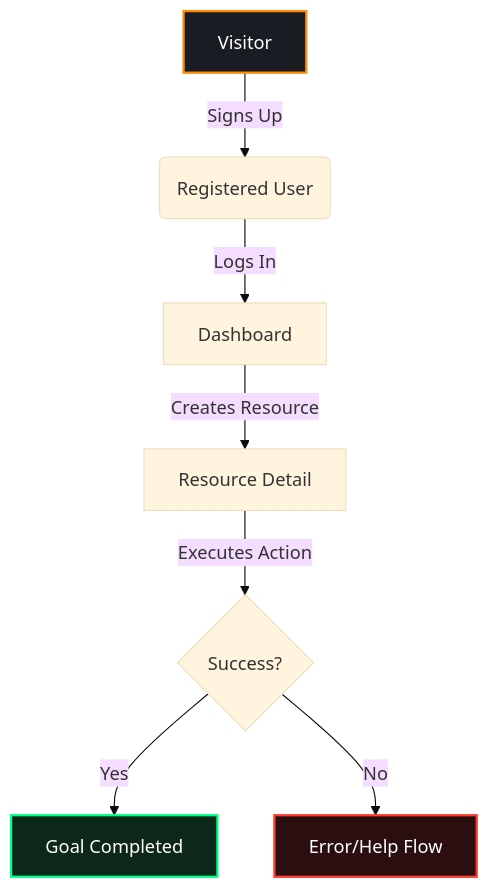
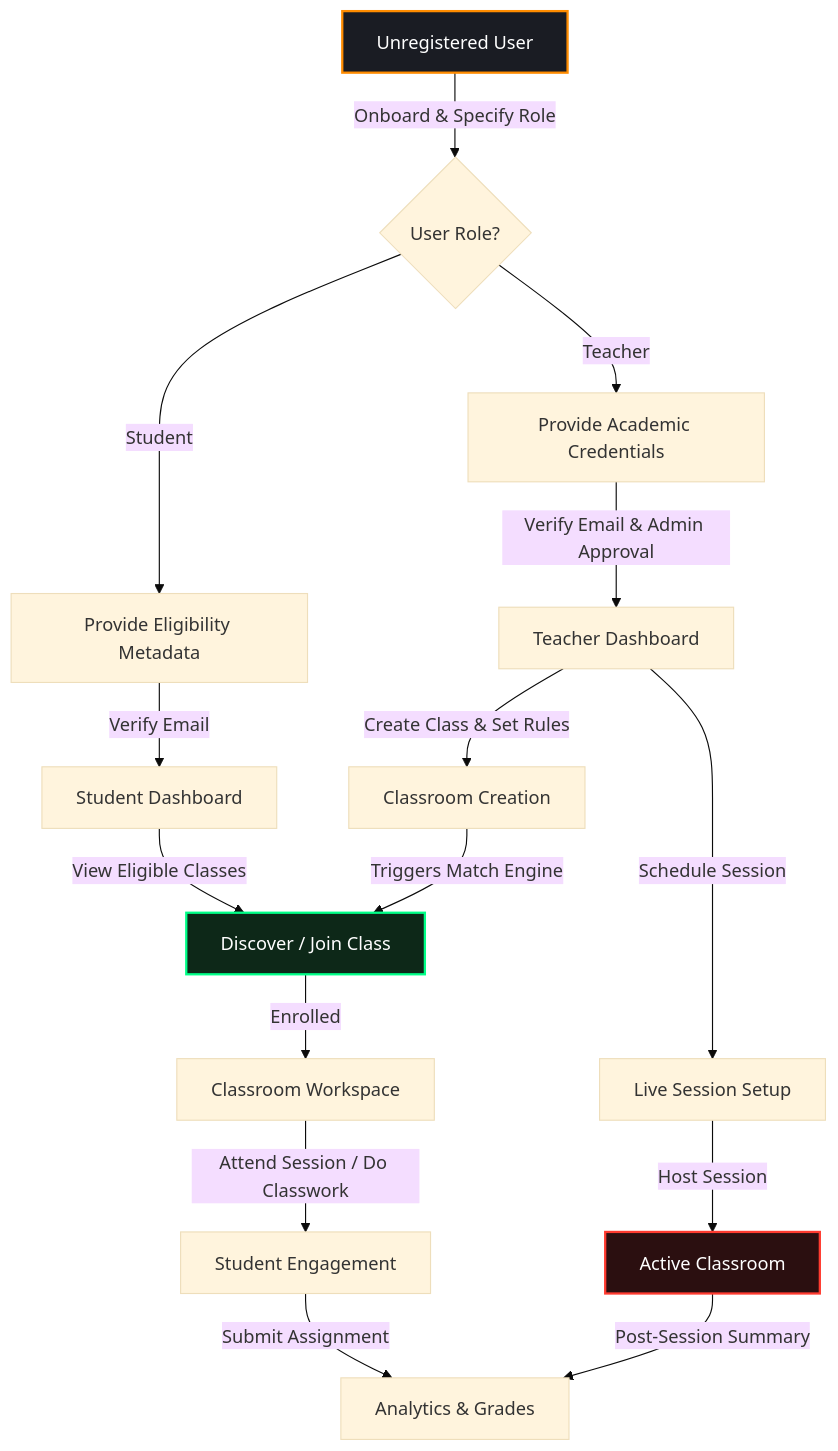
Before and after one commit to aayan873/Zynk: the first of 4 diagrams in PRD.md, drawn with Mermaid (base theme). The commit also changed other lines of this file and 5 other files, not shown here.

````diff
--- a/PRD.md
+++ b/PRD.md
@@ -35,13 +37,21 @@
 ```mermaid
 flowchart TD
-    A[Visitor] -->|Signs Up| B(Registered User)
-    B -->|Logs In| C[Dashboard]
-    C -->|Creates Resource| D[Resource Detail]
-    D -->|Executes Action| E{Success?}
-    E -->|Yes| F[Goal Completed]
-    E -->|No| G[Error/Help Flow]
+    A[Unregistered User] -->|Onboard & Specify Role| B{User Role?}
+    B -->|Student| C[Provide Eligibility Metadata]
+    B -->|Teacher| D[Provide Academic Credentials]
+    C -->|Verify Email| E[Student Dashboard]
+    D -->|Verify Email & Admin Approval| F[Teacher Dashboard]
+    E -->|View Eligible Classes| G[Discover / Join Class]
+    F -->|Create Class & Set Rules| H[Classroom Creation]
+    H -->|Triggers Match Engine| G
+    G -->|Enrolled| I[Classroom Workspace]
+    F -->|Schedule Session| J[Live Session Setup]
+    I -->|Attend Session / Do Classwork| K[Student Engagement]
+    J -->|Host Session| L[Active Classroom]
+    L -->|Post-Session Summary| M[Analytics & Grades]
+    K -->|Submit Assignment| M
     
     style A fill:#1a1c23,stroke:#ff8c00,stroke-width:2px,color:#fff
-    style F fill:#0d2818,stroke:#00ff87,stroke-width:2px,color:#fff
-    style G fill:#2b0f10,stroke:#ff3b30,stroke-width:2px,color:#fff
+    style G fill:#0d2818,stroke:#00ff87,stroke-width:2px,color:#fff
+    style L fill:#2b0f10,stroke:#ff3b30,stroke-width:2px,color:#fff
 ```
````
